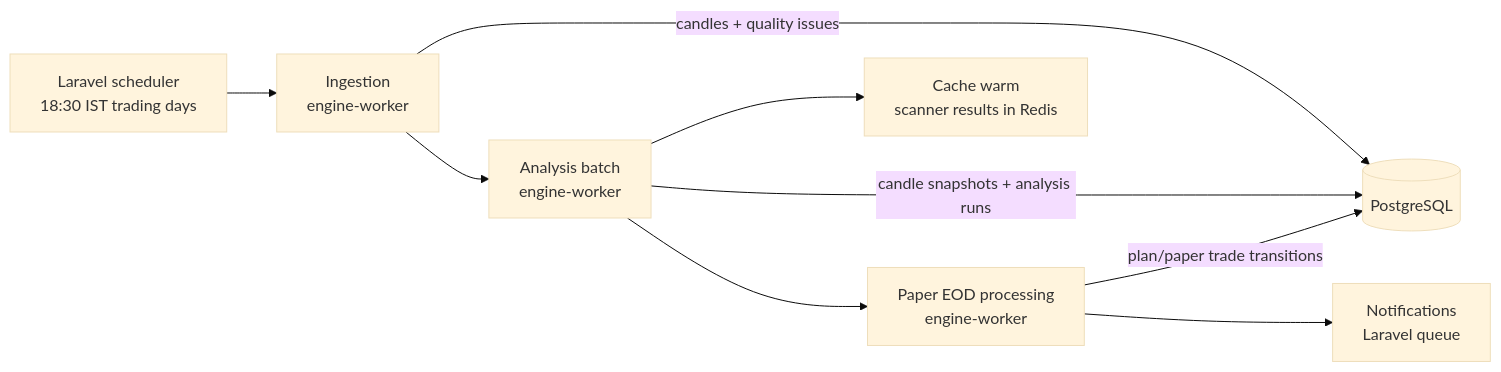
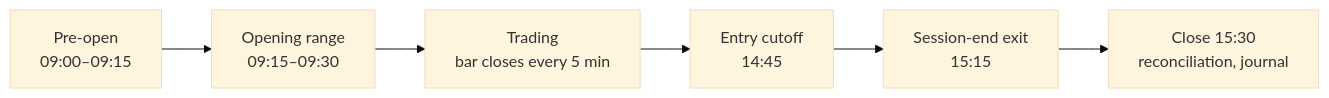
One commit to anirbancodes69/price-action-ai changed the first of 4 diagrams in docs/architecture/05_DATA_FLOW.md. Above: the diagram before and after it, drawn with Mermaid (base theme). The commit also changed other lines of this file and 109 other files, not shown here.

````diff
--- a/docs/architecture/05_DATA_FLOW.md
+++ b/docs/architecture/05_DATA_FLOW.md
@@ -18,11 +18,8 @@
 ```mermaid
 flowchart LR
-  S[Laravel scheduler<br/>18:30 IST trading days] --> I[Ingestion<br/>engine-worker]
-  I -->|candles + quality issues| PG[(PostgreSQL)]
-  I --> A[Analysis batch<br/>engine-worker]
-  A -->|candle snapshots + analysis runs| PG
-  A --> P[Paper EOD processing<br/>engine-worker]
-  P -->|plan/paper trade transitions| PG
-  P --> N[Notifications<br/>Laravel queue]
-  A --> C[Cache warm<br/>scanner results in Redis]
+  P[Pre-open<br/>09:00–09:15] --> O[Opening range<br/>09:15–09:30]
+  O --> T[Trading<br/>bar closes every 5 min]
+  T --> C[Entry cutoff<br/>14:45]
+  C --> X[Session-end exit<br/>15:15]
+  X --> Z[Close 15:30<br/>reconciliation, journal]
 ```
````
